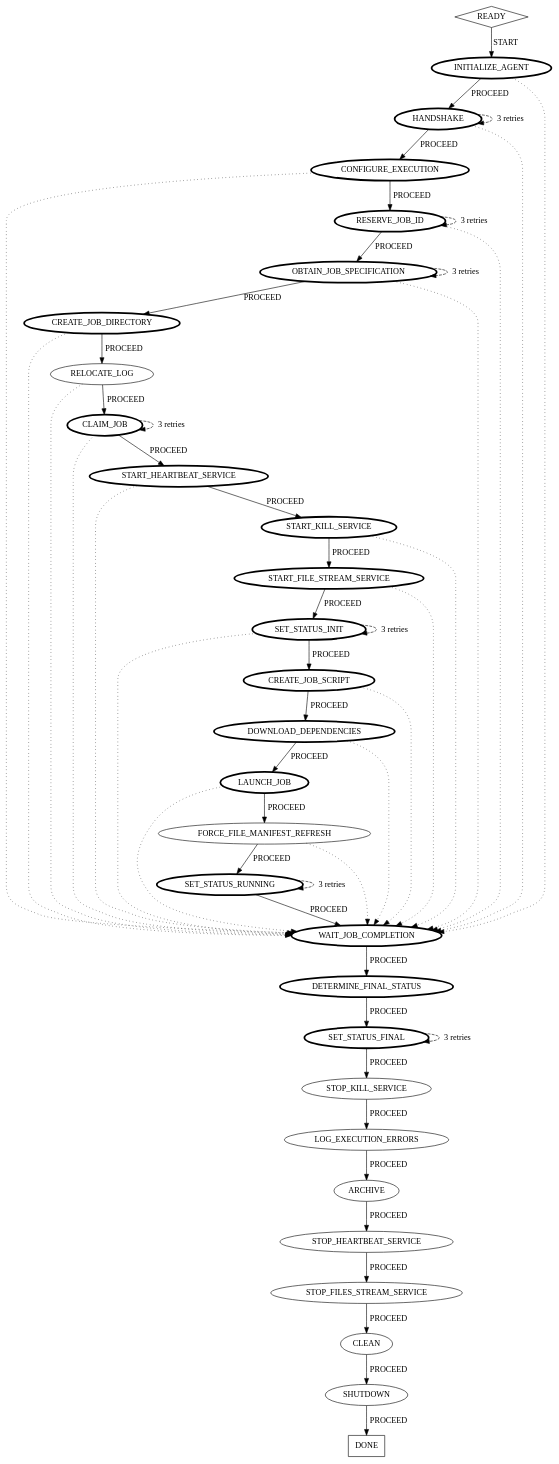
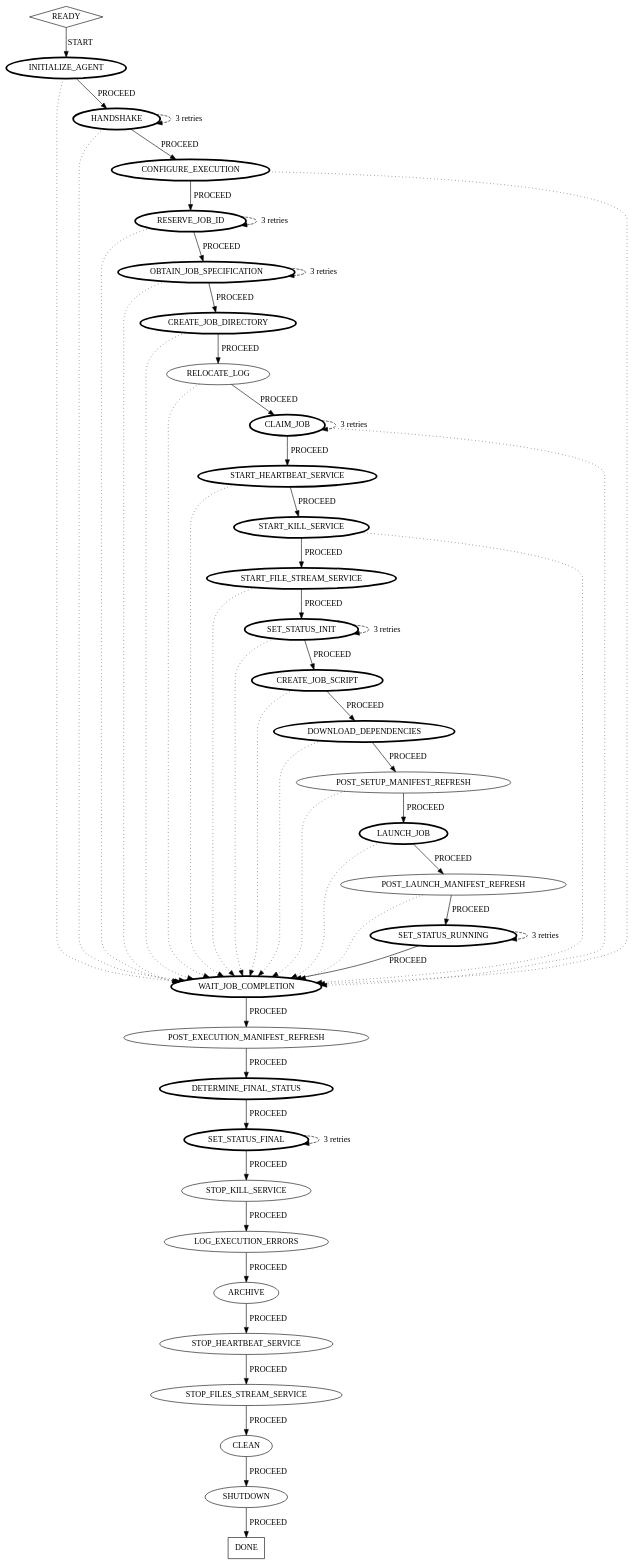
The diagram in genie-agent/job-execution-state-machine.dot (Netflix/genie), drawn with Graphviz before and after one commit. The commit also changed other lines of this file and 5 other files, not shown here.

First line of the commit message:
Force agent manifest refresh after job setup and after job execution

```diff
--- a/genie-agent/job-execution-state-machine.dot
+++ b/genie-agent/job-execution-state-machine.dot
@@ -1,106 +1,111 @@
 /*
  *
  *  Copyright 2018 Netflix, Inc.
  *
  *     Licensed under the Apache License, Version 2.0 (the "License");
  *     you may not use this file except in compliance with the License.
  *     You may obtain a copy of the License at
  *
  *         http://www.apache.org/licenses/LICENSE-2.0
  *
  *     Unless required by applicable law or agreed to in writing, software
  *     distributed under the License is distributed on an "AS IS" BASIS,
  *     WITHOUT WARRANTIES OR CONDITIONS OF ANY KIND, either express or implied.
  *     See the License for the specific language governing permissions and
  *     limitations under the License.
  *
  */
 //
 // Generated with genie-agent.jar info --state-machine
 //
 digraph state_machine {
   // States
+  START_HEARTBEAT_SERVICE [label=START_HEARTBEAT_SERVICE  penwidth=3.0]
+  START_FILE_STREAM_SERVICE [label=START_FILE_STREAM_SERVICE  penwidth=3.0]
+  RESERVE_JOB_ID [label=RESERVE_JOB_ID  penwidth=3.0]
+  STOP_KILL_SERVICE [label=STOP_KILL_SERVICE  ]
+  POST_EXECUTION_MANIFEST_REFRESH [label=POST_EXECUTION_MANIFEST_REFRESH  ]
+  WAIT_JOB_COMPLETION [label=WAIT_JOB_COMPLETION  penwidth=3.0]
+  POST_LAUNCH_MANIFEST_REFRESH [label=POST_LAUNCH_MANIFEST_REFRESH  ]
+  CREATE_JOB_SCRIPT [label=CREATE_JOB_SCRIPT  penwidth=3.0]
+  CREATE_JOB_DIRECTORY [label=CREATE_JOB_DIRECTORY  penwidth=3.0]
+  READY [label=READY shape=diamond ]
+  DOWNLOAD_DEPENDENCIES [label=DOWNLOAD_DEPENDENCIES  penwidth=3.0]
+  ARCHIVE [label=ARCHIVE  ]
+  LAUNCH_JOB [label=LAUNCH_JOB  penwidth=3.0]
+  CLAIM_JOB [label=CLAIM_JOB  penwidth=3.0]
+  SET_STATUS_RUNNING [label=SET_STATUS_RUNNING  penwidth=3.0]
+  STOP_FILES_STREAM_SERVICE [label=STOP_FILES_STREAM_SERVICE  ]
+  CONFIGURE_EXECUTION [label=CONFIGURE_EXECUTION  penwidth=3.0]
+  SET_STATUS_FINAL [label=SET_STATUS_FINAL  penwidth=3.0]
+  CLEAN [label=CLEAN  ]
+  POST_SETUP_MANIFEST_REFRESH [label=POST_SETUP_MANIFEST_REFRESH  ]
+  OBTAIN_JOB_SPECIFICATION [label=OBTAIN_JOB_SPECIFICATION  penwidth=3.0]
+  SHUTDOWN [label=SHUTDOWN  ]
+  SET_STATUS_INIT [label=SET_STATUS_INIT  penwidth=3.0]
+  DETERMINE_FINAL_STATUS [label=DETERMINE_FINAL_STATUS  penwidth=3.0]
+  STOP_HEARTBEAT_SERVICE [label=STOP_HEARTBEAT_SERVICE  ]
   HANDSHAKE [label=HANDSHAKE  penwidth=3.0]
-  CREATE_JOB_DIRECTORY [label=CREATE_JOB_DIRECTORY  penwidth=3.0]
+  INITIALIZE_AGENT [label=INITIALIZE_AGENT  penwidth=3.0]
+  RELOCATE_LOG [label=RELOCATE_LOG  ]
+  DONE [label=DONE shape=rectangle ]
   LOG_EXECUTION_ERRORS [label=LOG_EXECUTION_ERRORS  ]
-  OBTAIN_JOB_SPECIFICATION [label=OBTAIN_JOB_SPECIFICATION  penwidth=3.0]
-  DETERMINE_FINAL_STATUS [label=DETERMINE_FINAL_STATUS  penwidth=3.0]
-  LAUNCH_JOB [label=LAUNCH_JOB  penwidth=3.0]
-  DOWNLOAD_DEPENDENCIES [label=DOWNLOAD_DEPENDENCIES  penwidth=3.0]
-  CONFIGURE_EXECUTION [label=CONFIGURE_EXECUTION  penwidth=3.0]
-  START_FILE_STREAM_SERVICE [label=START_FILE_STREAM_SERVICE  penwidth=3.0]
-  SET_STATUS_RUNNING [label=SET_STATUS_RUNNING  penwidth=3.0]
-  SET_STATUS_INIT [label=SET_STATUS_INIT  penwidth=3.0]
-  DONE [label=DONE shape=rectangle ]
-  WAIT_JOB_COMPLETION [label=WAIT_JOB_COMPLETION  penwidth=3.0]
-  CLAIM_JOB [label=CLAIM_JOB  penwidth=3.0]
-  CLEAN [label=CLEAN  ]
-  ARCHIVE [label=ARCHIVE  ]
-  READY [label=READY shape=diamond ]
-  SET_STATUS_FINAL [label=SET_STATUS_FINAL  penwidth=3.0]
-  CREATE_JOB_SCRIPT [label=CREATE_JOB_SCRIPT  penwidth=3.0]
-  RELOCATE_LOG [label=RELOCATE_LOG  ]
-  STOP_KILL_SERVICE [label=STOP_KILL_SERVICE  ]
-  FORCE_FILE_MANIFEST_REFRESH [label=FORCE_FILE_MANIFEST_REFRESH  ]
-  SHUTDOWN [label=SHUTDOWN  ]
-  STOP_HEARTBEAT_SERVICE [label=STOP_HEARTBEAT_SERVICE  ]
-  START_HEARTBEAT_SERVICE [label=START_HEARTBEAT_SERVICE  penwidth=3.0]
-  RESERVE_JOB_ID [label=RESERVE_JOB_ID  penwidth=3.0]
   START_KILL_SERVICE [label=START_KILL_SERVICE  penwidth=3.0]
-  STOP_FILES_STREAM_SERVICE [label=STOP_FILES_STREAM_SERVICE  ]
-  INITIALIZE_AGENT [label=INITIALIZE_AGENT  penwidth=3.0]
   // Transitions
   READY -> INITIALIZE_AGENT [label="START"]
   SHUTDOWN -> DONE [label="PROCEED"]
   INITIALIZE_AGENT -> HANDSHAKE [label="PROCEED"]
   HANDSHAKE -> CONFIGURE_EXECUTION [label="PROCEED"]
   CONFIGURE_EXECUTION -> RESERVE_JOB_ID [label="PROCEED"]
   RESERVE_JOB_ID -> OBTAIN_JOB_SPECIFICATION [label="PROCEED"]
   OBTAIN_JOB_SPECIFICATION -> CREATE_JOB_DIRECTORY [label="PROCEED"]
   CREATE_JOB_DIRECTORY -> RELOCATE_LOG [label="PROCEED"]
   RELOCATE_LOG -> CLAIM_JOB [label="PROCEED"]
   CLAIM_JOB -> START_HEARTBEAT_SERVICE [label="PROCEED"]
   START_HEARTBEAT_SERVICE -> START_KILL_SERVICE [label="PROCEED"]
   START_KILL_SERVICE -> START_FILE_STREAM_SERVICE [label="PROCEED"]
   START_FILE_STREAM_SERVICE -> SET_STATUS_INIT [label="PROCEED"]
   SET_STATUS_INIT -> CREATE_JOB_SCRIPT [label="PROCEED"]
   CREATE_JOB_SCRIPT -> DOWNLOAD_DEPENDENCIES [label="PROCEED"]
-  DOWNLOAD_DEPENDENCIES -> LAUNCH_JOB [label="PROCEED"]
-  LAUNCH_JOB -> FORCE_FILE_MANIFEST_REFRESH [label="PROCEED"]
-  FORCE_FILE_MANIFEST_REFRESH -> SET_STATUS_RUNNING [label="PROCEED"]
+  DOWNLOAD_DEPENDENCIES -> POST_SETUP_MANIFEST_REFRESH [label="PROCEED"]
+  POST_SETUP_MANIFEST_REFRESH -> LAUNCH_JOB [label="PROCEED"]
+  LAUNCH_JOB -> POST_LAUNCH_MANIFEST_REFRESH [label="PROCEED"]
+  POST_LAUNCH_MANIFEST_REFRESH -> SET_STATUS_RUNNING [label="PROCEED"]
   SET_STATUS_RUNNING -> WAIT_JOB_COMPLETION [label="PROCEED"]
-  WAIT_JOB_COMPLETION -> DETERMINE_FINAL_STATUS [label="PROCEED"]
+  WAIT_JOB_COMPLETION -> POST_EXECUTION_MANIFEST_REFRESH [label="PROCEED"]
+  POST_EXECUTION_MANIFEST_REFRESH -> DETERMINE_FINAL_STATUS [label="PROCEED"]
   DETERMINE_FINAL_STATUS -> SET_STATUS_FINAL [label="PROCEED"]
   SET_STATUS_FINAL -> STOP_KILL_SERVICE [label="PROCEED"]
   STOP_KILL_SERVICE -> LOG_EXECUTION_ERRORS [label="PROCEED"]
   LOG_EXECUTION_ERRORS -> ARCHIVE [label="PROCEED"]
   ARCHIVE -> STOP_HEARTBEAT_SERVICE [label="PROCEED"]
   STOP_HEARTBEAT_SERVICE -> STOP_FILES_STREAM_SERVICE [label="PROCEED"]
   STOP_FILES_STREAM_SERVICE -> CLEAN [label="PROCEED"]
   CLEAN -> SHUTDOWN [label="PROCEED"]
   // Skip transitions
   INITIALIZE_AGENT -> WAIT_JOB_COMPLETION [style=dotted]
   HANDSHAKE -> WAIT_JOB_COMPLETION [style=dotted]
   CONFIGURE_EXECUTION -> WAIT_JOB_COMPLETION [style=dotted]
   RESERVE_JOB_ID -> WAIT_JOB_COMPLETION [style=dotted]
   OBTAIN_JOB_SPECIFICATION -> WAIT_JOB_COMPLETION [style=dotted]
   CREATE_JOB_DIRECTORY -> WAIT_JOB_COMPLETION [style=dotted]
   RELOCATE_LOG -> WAIT_JOB_COMPLETION [style=dotted]
   CLAIM_JOB -> WAIT_JOB_COMPLETION [style=dotted]
   START_HEARTBEAT_SERVICE -> WAIT_JOB_COMPLETION [style=dotted]
   START_KILL_SERVICE -> WAIT_JOB_COMPLETION [style=dotted]
   START_FILE_STREAM_SERVICE -> WAIT_JOB_COMPLETION [style=dotted]
   SET_STATUS_INIT -> WAIT_JOB_COMPLETION [style=dotted]
   CREATE_JOB_SCRIPT -> WAIT_JOB_COMPLETION [style=dotted]
   DOWNLOAD_DEPENDENCIES -> WAIT_JOB_COMPLETION [style=dotted]
+  POST_SETUP_MANIFEST_REFRESH -> WAIT_JOB_COMPLETION [style=dotted]
   LAUNCH_JOB -> WAIT_JOB_COMPLETION [style=dotted]
-  FORCE_FILE_MANIFEST_REFRESH -> WAIT_JOB_COMPLETION [style=dotted]
+  POST_LAUNCH_MANIFEST_REFRESH -> WAIT_JOB_COMPLETION [style=dotted]
   // Retry transitions
   HANDSHAKE -> HANDSHAKE [style=dashed label="3 retries"]
   RESERVE_JOB_ID -> RESERVE_JOB_ID [style=dashed label="3 retries"]
   OBTAIN_JOB_SPECIFICATION -> OBTAIN_JOB_SPECIFICATION [style=dashed label="3 retries"]
   CLAIM_JOB -> CLAIM_JOB [style=dashed label="3 retries"]
   SET_STATUS_INIT -> SET_STATUS_INIT [style=dashed label="3 retries"]
   SET_STATUS_RUNNING -> SET_STATUS_RUNNING [style=dashed label="3 retries"]
   SET_STATUS_FINAL -> SET_STATUS_FINAL [style=dashed label="3 retries"]
 }
```
